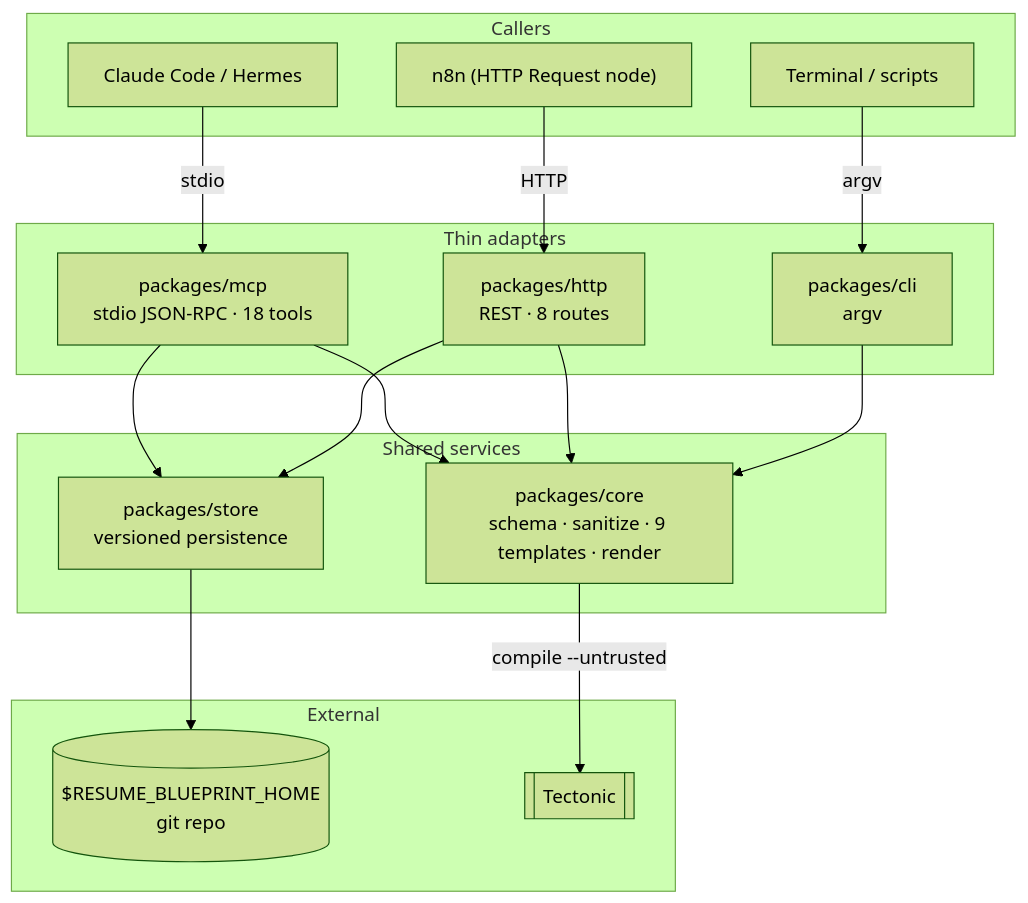
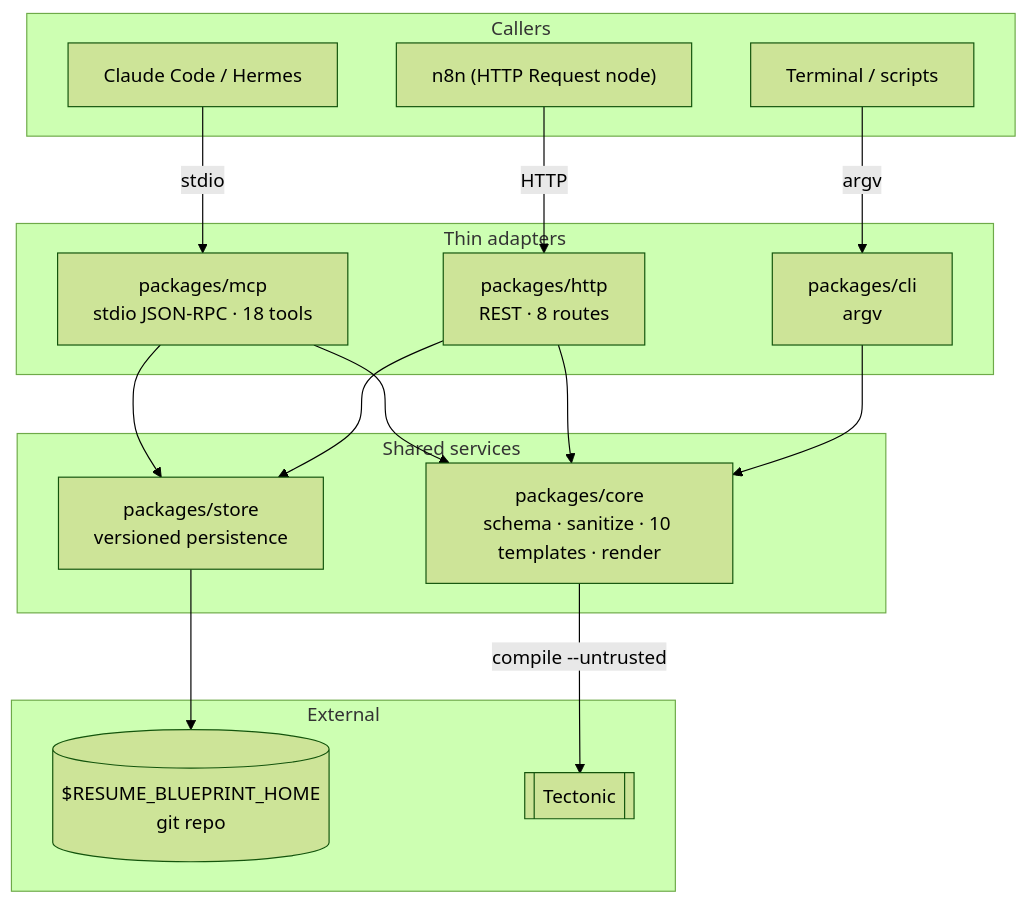
One commit to kekcoke/resume-blueprint changed the first of 2 diagrams in README.md. Above: the diagram before and after it, drawn with Mermaid (forest theme). The commit also changed other lines of this file and 1 other file, not shown here.

````diff
--- a/README.md
+++ b/README.md
@@ -279,37 +279,37 @@
 ```mermaid
 flowchart TB
     subgraph Callers["Callers"]
         A1["Claude Code / Hermes"]
         A2["n8n (HTTP Request node)"]
         A3["Terminal / scripts"]
     end
 
     subgraph Interfaces["Thin adapters"]
         MCP["packages/mcp<br/>stdio JSON-RPC · 18 tools"]
         HTTP["packages/http<br/>REST · 8 routes"]
         CLI["packages/cli<br/>argv"]
     end
 
     subgraph Services["Shared services"]
         STORE["packages/store<br/>versioned persistence"]
-        CORE["packages/core<br/>schema · sanitize · 9 templates · render"]
+        CORE["packages/core<br/>schema · sanitize · 10 templates · render"]
     end
 
     subgraph External["External"]
         GIT[("$RESUME_BLUEPRINT_HOME<br/>git repo")]
         TEX[["Tectonic"]]
     end
 
     A1 -- stdio --> MCP
     A2 -- HTTP --> HTTP
     A3 -- argv --> CLI
 
     MCP --> STORE
     MCP --> CORE
     HTTP --> STORE
     HTTP --> CORE
     CLI --> CORE
 
     STORE --> GIT
     CORE -- "compile --untrusted" --> TEX
 ```
````
